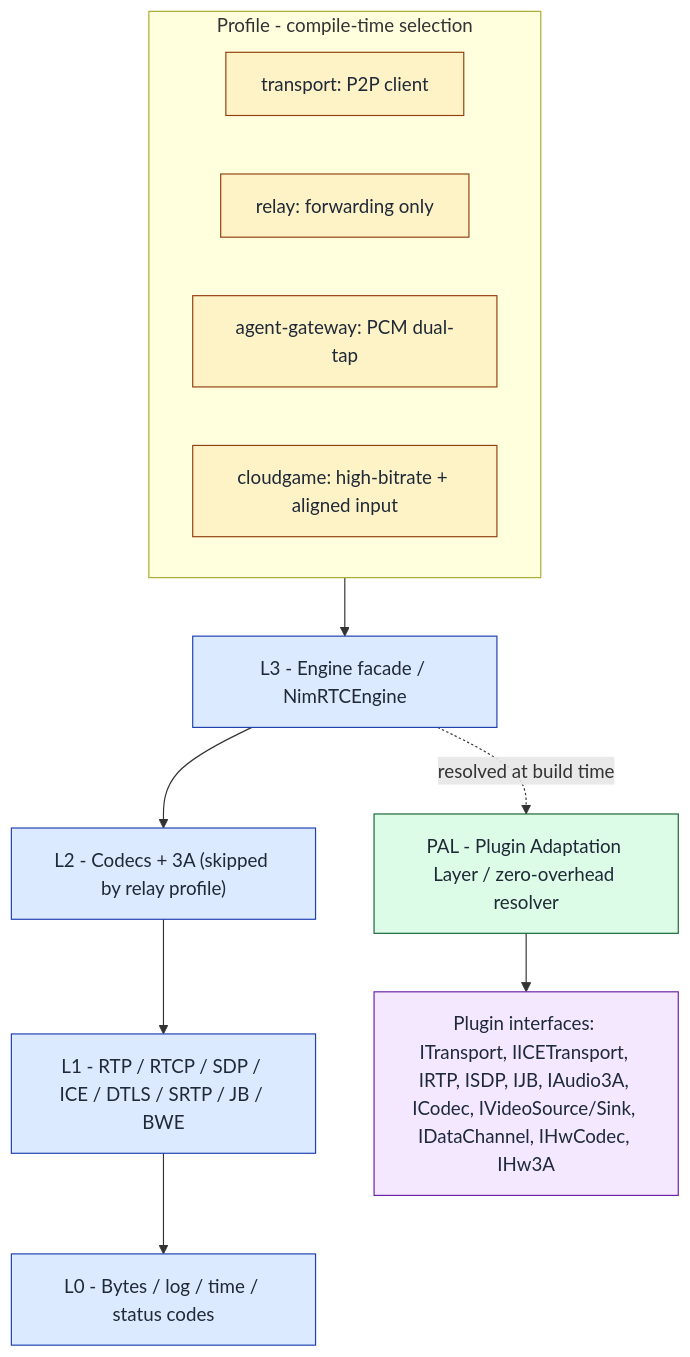
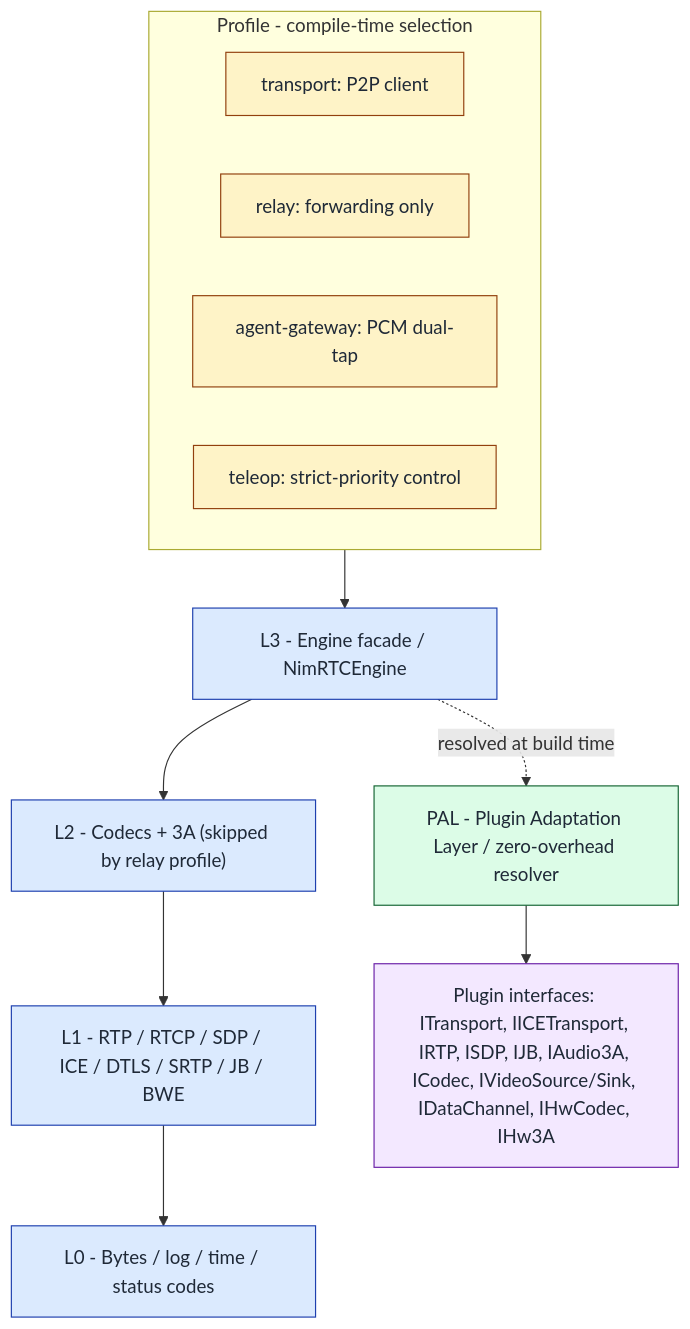
Before and after one commit to NimRTC/nimrtc: the diagram in README.md, drawn with Mermaid. The commit also changed other lines of this file and 9 other files, not shown here.

````diff
--- a/README.md
+++ b/README.md
@@ -324,26 +324,26 @@
 ```mermaid
 flowchart TB
     subgraph PROF["Profile - compile-time selection"]
         P1["transport: P2P client"]
         P2["relay: forwarding only"]
         P3["agent-gateway: PCM dual-tap"]
-        P4["cloudgame: high-bitrate + aligned input"]
+        P4["teleop: strict-priority control"]
     end
 
     PROF --> L3
     L3["L3 - Engine facade / NimRTCEngine"] --> L2["L2 - Codecs + 3A (skipped by relay profile)"]
     L2 --> L1["L1 - RTP / RTCP / SDP / ICE / DTLS / SRTP / JB / BWE"]
     L1 --> L0["L0 - Bytes / log / time / status codes"]
 
     L3 -. resolved at build time .-> PAL["PAL - Plugin Adaptation Layer / zero-overhead resolver"]
     PAL --> PLG["Plugin interfaces: ITransport, IICETransport, IRTP, ISDP, IJB, IAudio3A, ICodec, IVideoSource/Sink, IDataChannel, IHwCodec, IHw3A"]
 
     classDef profile fill:#fef3c7,stroke:#92400e,color:#1f2937
     classDef layer   fill:#dbeafe,stroke:#1e40af,color:#1f2937
     classDef pal     fill:#dcfce7,stroke:#166534,color:#1f2937
     classDef plugin  fill:#f3e8ff,stroke:#6b21a8,color:#1f2937
     class P1,P2,P3,P4 profile
     class L0,L1,L2,L3 layer
     class PAL pal
     class PLG plugin
 ```
````
